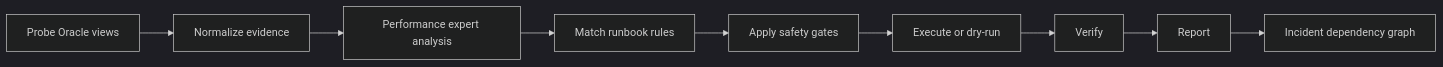
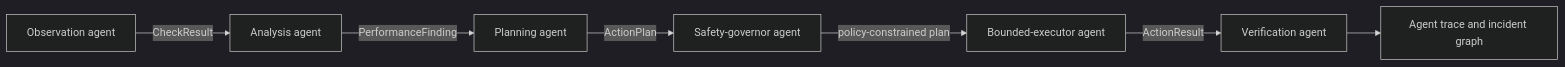
The first of 2 diagrams in docs/architecture.md (teohhy-svg/self-healing-oracledb-agent), drawn with Mermaid (dark theme) before and after one commit. The commit also changed other lines of this file and 13 other files, not shown here.

````diff
--- a/docs/architecture.md
+++ b/docs/architecture.md
@@ -5,11 +5,9 @@
 ```mermaid
 flowchart LR
-  A["Probe Oracle views"] --> B["Normalize evidence"]
-  B --> C["Performance expert analysis"]
-  C --> D["Match runbook rules"]
-  D --> E["Apply safety gates"]
-  E --> F["Execute or dry-run"]
-  F --> G["Verify"]
-  G --> H["Report"]
-  H --> I["Incident dependency graph"]
+  A["Observation agent"] -->|"CheckResult"| B["Analysis agent"]
+  B -->|"PerformanceFinding"| C["Planning agent"]
+  C -->|"ActionPlan"| D["Safety-governor agent"]
+  D -->|"policy-constrained plan"| E["Bounded-executor agent"]
+  E -->|"ActionResult"| F["Verification agent"]
+  F --> G["Agent trace and incident graph"]
 ```
````
